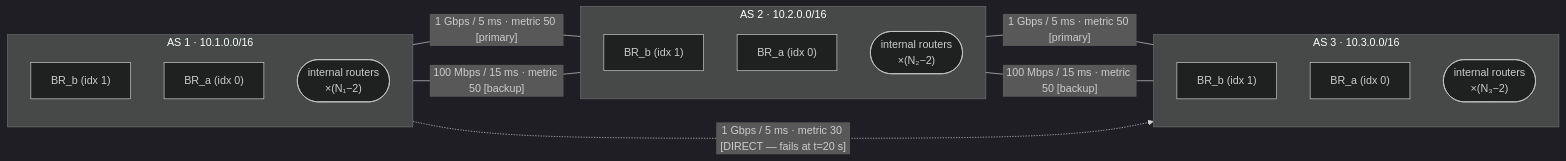
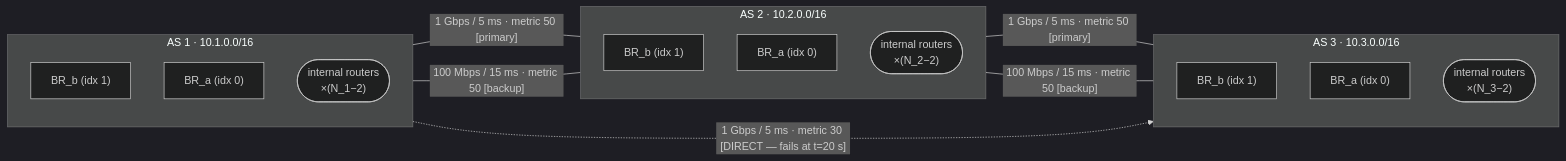
Before and after one commit to s4l1hs/-Multi-AS-Network-Simulation-in-ns-3: the diagram in report/report.md, drawn with Mermaid (dark theme). The commit also changed other lines of this file and 14 other files, not shown here.

````diff
--- a/report/report.md
+++ b/report/report.md
@@ -42,27 +43,27 @@
 ```mermaid
 graph LR
     subgraph AS1["AS 1 · 10.1.0.0/16"]
         direction TB
         A1b["BR_b (idx 1)"]
         A1a["BR_a (idx 0)"]
-        A1i(["internal routers\n×(N₁−2)"])
+        A1i(["internal routers\n×(N_1−2)"])
     end
     subgraph AS2["AS 2 · 10.2.0.0/16"]
         direction TB
         A2b["BR_b (idx 1)"]
         A2a["BR_a (idx 0)"]
-        A2i(["internal routers\n×(N₂−2)"])
+        A2i(["internal routers\n×(N_2−2)"])
     end
     subgraph AS3["AS 3 · 10.3.0.0/16"]
         direction TB
         A3b["BR_b (idx 1)"]
         A3a["BR_a (idx 0)"]
-        A3i(["internal routers\n×(N₃−2)"])
+        A3i(["internal routers\n×(N_3−2)"])
     end
 
     A1a -- "1 Gbps / 5 ms · metric 50 [primary]" --- A2a
     A1b -- "100 Mbps / 15 ms · metric 50 [backup]" --- A2b
     A2a -- "1 Gbps / 5 ms · metric 50 [primary]" --- A3a
     A2b -- "100 Mbps / 15 ms · metric 50 [backup]" --- A3b
     A1a -. "1 Gbps / 5 ms · metric 30 [DIRECT — fails at t=20 s]" .-> A3a
 ```
````
